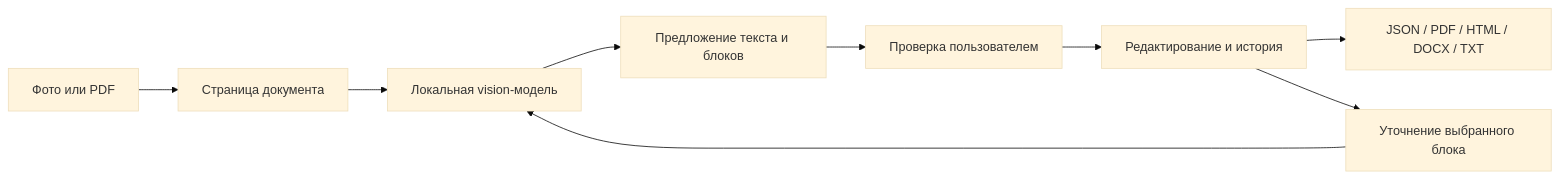
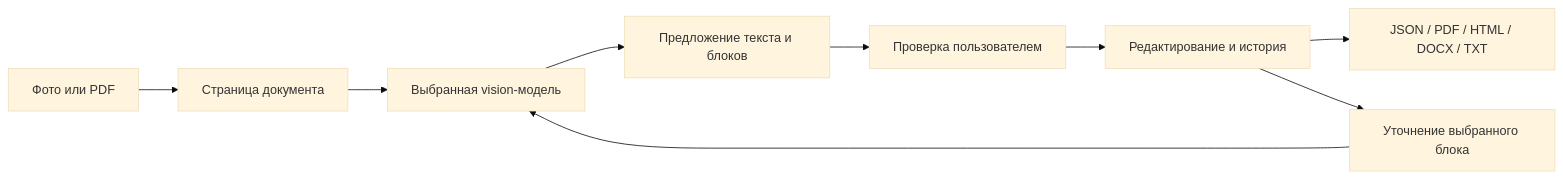
Before and after one commit to AlexBugalter/chtec: the diagram in docs/ARCHITECTURE.md, drawn with Mermaid (base theme). The commit also changed other lines of this file and 23 other files, not shown here.

````diff
--- a/docs/ARCHITECTURE.md
+++ b/docs/ARCHITECTURE.md
@@ -22,11 +26,11 @@
 ```mermaid
 flowchart LR
   A[Фото или PDF] --> B[Страница документа]
-  B --> C[Локальная vision-модель]
+  B --> C[Выбранная vision-модель]
   C --> D[Предложение текста и блоков]
   D --> E[Проверка пользователем]
   E --> F[Редактирование и история]
   F --> G[JSON / PDF / HTML / DOCX / TXT]
   F --> H[Уточнение выбранного блока]
   H --> C
 ```
````
